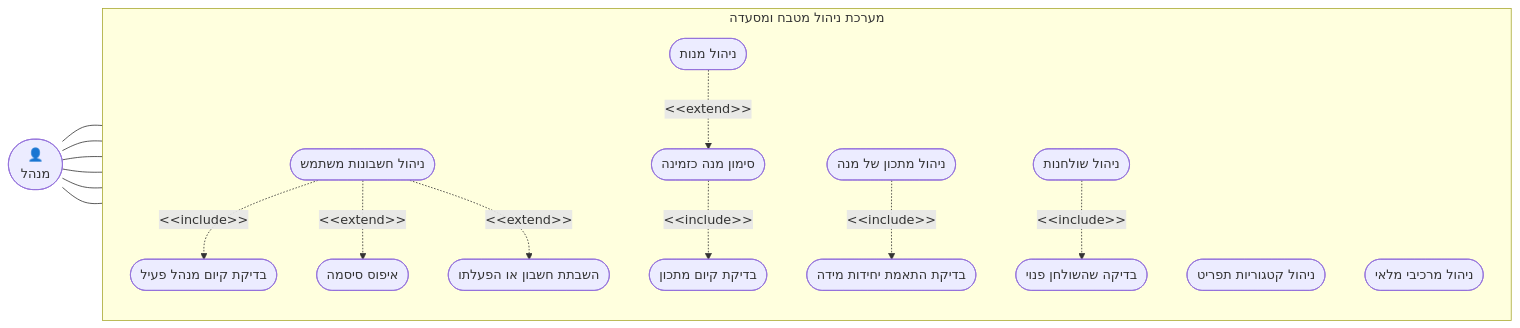
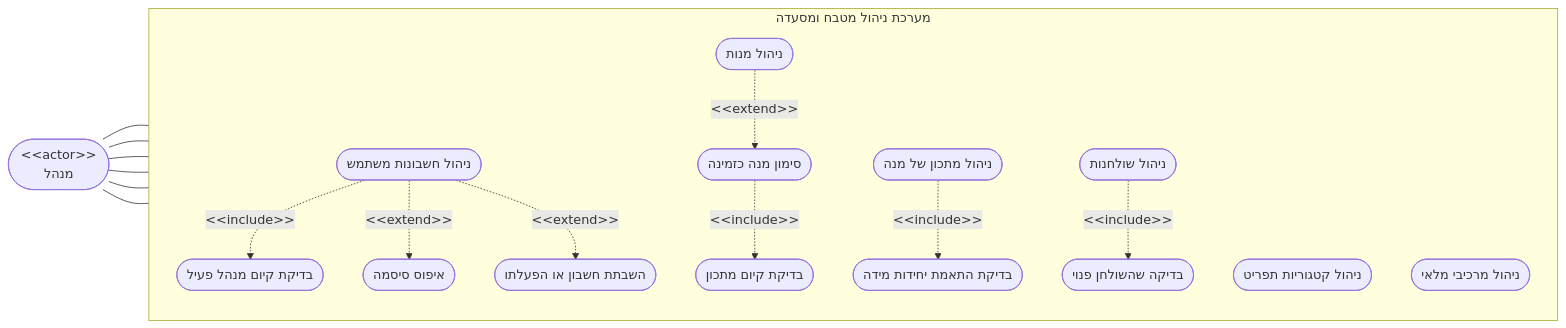
One commit to RonZaretsky/Restaurant-Kitchen-Management-System changed the diagram in מסמכים/הגשה/diagrams/usecase-admin.md. Above: the diagram before and after it, drawn with Mermaid. The commit also changed 10 other files, not shown here.

````diff
--- a/מסמכים/הגשה/diagrams/usecase-admin.md
+++ b/מסמכים/הגשה/diagrams/usecase-admin.md
@@ -3,29 +3,29 @@
 ```mermaid
 flowchart LR
-    admin(["👤<br/>מנהל"])
+    admin(["&lt;&lt;actor&gt;&gt;<br/>מנהל"])
 
     subgraph SYS["מערכת ניהול מטבח ומסעדה"]
         direction TB
         UC1(["ניהול חשבונות משתמש"])
         UC2(["ניהול קטגוריות תפריט"])
         UC3(["ניהול מנות"])
         UC4(["ניהול מתכון של מנה"])
         UC5(["ניהול שולחנות"])
         UC6(["ניהול מרכיבי מלאי"])
 
         UC1 -.->|"&lt;&lt;include&gt;&gt;"| UC7(["בדיקת קיום מנהל פעיל"])
         UC1 -.->|"&lt;&lt;extend&gt;&gt;"| UC8(["איפוס סיסמה"])
         UC1 -.->|"&lt;&lt;extend&gt;&gt;"| UC9(["השבתת חשבון או הפעלתו"])
         UC3 -.->|"&lt;&lt;extend&gt;&gt;"| UC10(["סימון מנה כזמינה"])
         UC10 -.->|"&lt;&lt;include&gt;&gt;"| UC11(["בדיקת קיום מתכון"])
         UC4 -.->|"&lt;&lt;include&gt;&gt;"| UC12(["בדיקת התאמת יחידות מידה"])
         UC5 -.->|"&lt;&lt;include&gt;&gt;"| UC13(["בדיקה שהשולחן פנוי"])
     end
 
     admin --- UC1
     admin --- UC2
     admin --- UC3
     admin --- UC4
     admin --- UC5
     admin --- UC6
 ```
````
